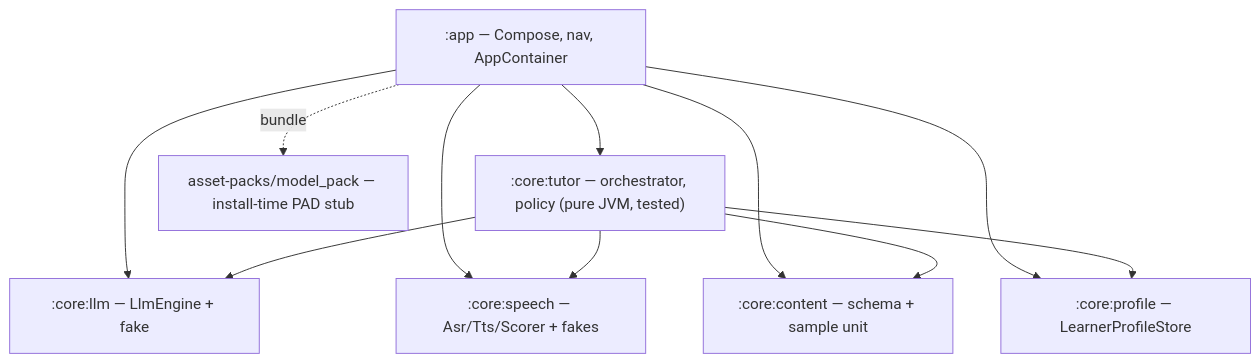
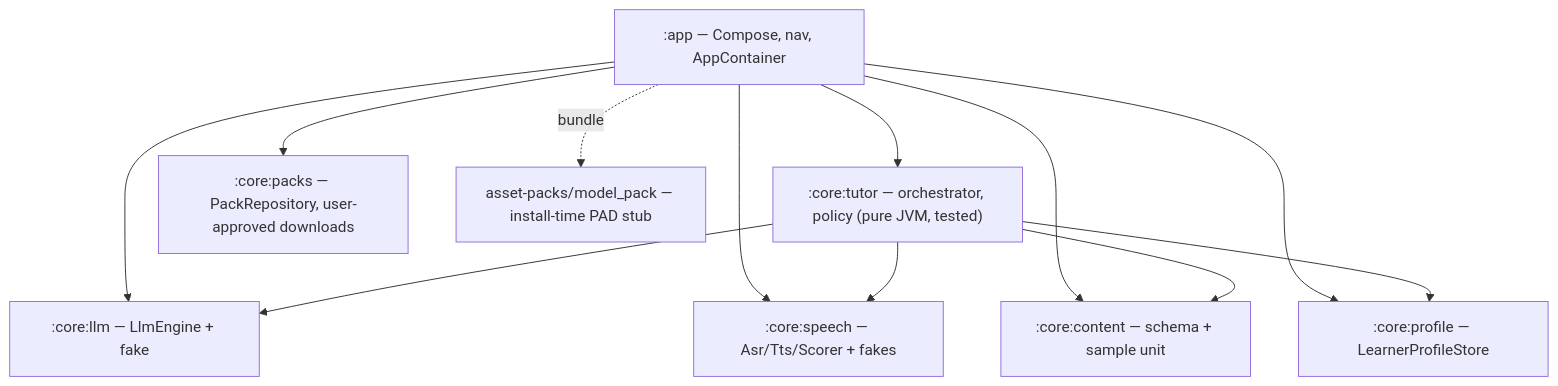
One commit to jsisam-claude/lang-tutor changed the third of 4 diagrams in docs/architecture.md. Above: the diagram before and after it, drawn with Mermaid. The commit also changed other lines of this file and 3 other files, not shown here.

First line of the commit message:
docs: user-approved enhancement downloads scope update

````diff
--- a/docs/architecture.md
+++ b/docs/architecture.md
@@ -98,15 +100,16 @@
 ```mermaid
 flowchart TD
     APP[":app — Compose, nav, AppContainer"]
     TUT[":core:tutor — orchestrator, policy (pure JVM, tested)"]
     LLM2[":core:llm — LlmEngine + fake"]
     SP[":core:speech — Asr/Tts/Scorer + fakes"]
     CT[":core:content — schema + sample unit"]
     PR[":core:profile — LearnerProfileStore"]
+    PK[":core:packs — PackRepository, user-approved downloads"]
     AP["asset-packs/model_pack — install-time PAD stub"]
 
     APP --> TUT
-    APP --> LLM2 & SP & CT & PR
+    APP --> LLM2 & SP & CT & PR & PK
     TUT --> LLM2 & SP & CT & PR
     APP -.bundle.-> AP
 ```
````
